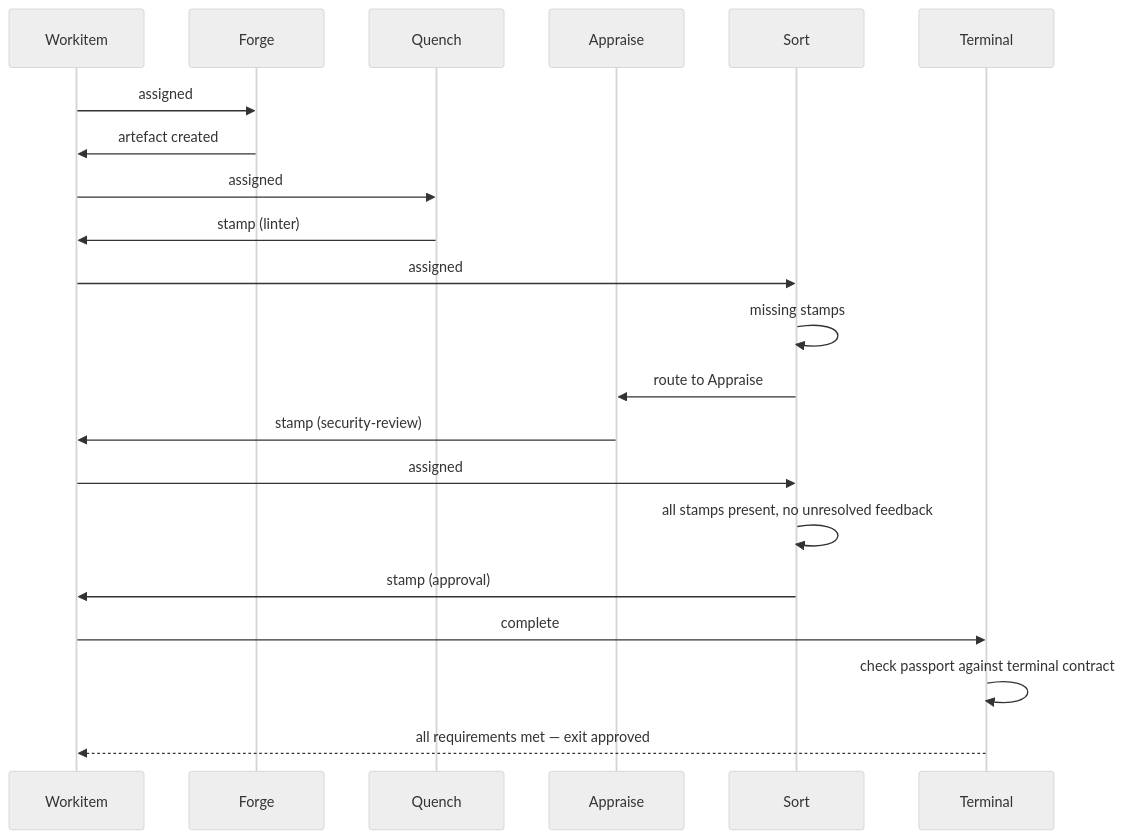
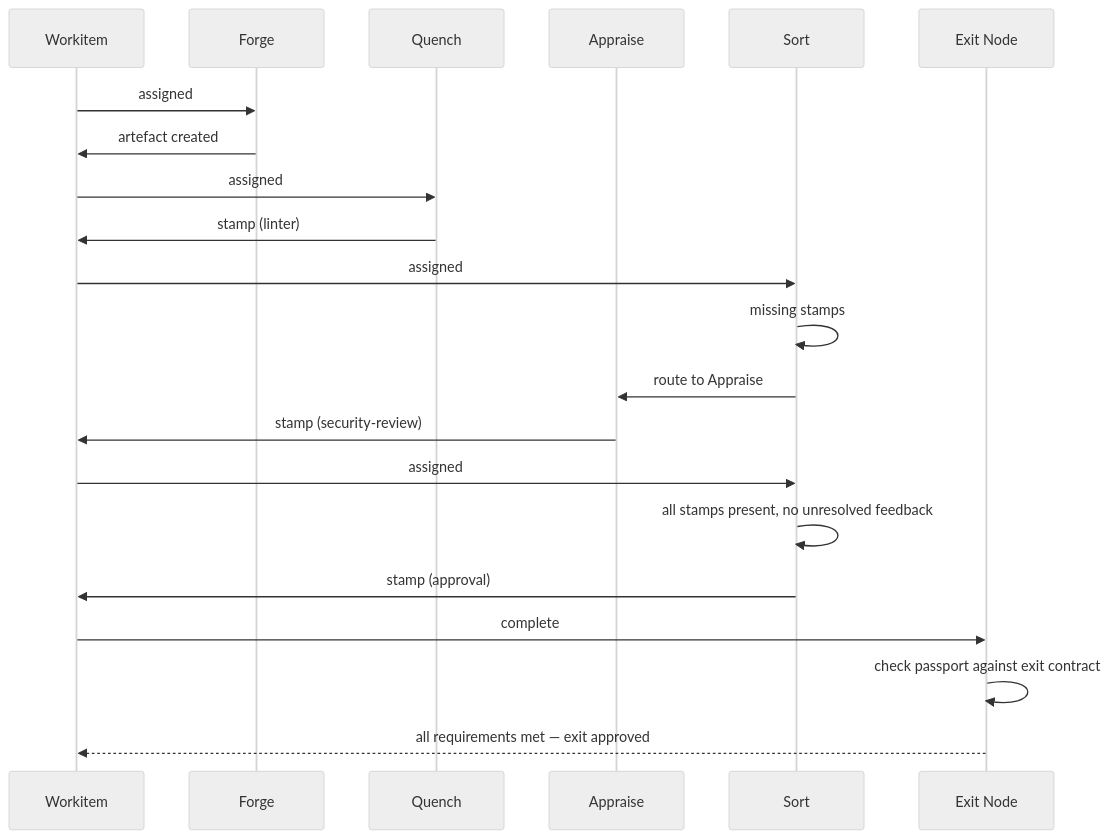
The third of 4 diagrams in 01-concepts/00-overview.md (really-knows-ai/gideas), drawn with Mermaid (neutral theme) before and after one commit. The commit also changed other lines of this file and 11 other files, not shown here.

````diff
--- a/01-concepts/00-overview.md
+++ b/01-concepts/00-overview.md
@@ -177,24 +177,24 @@
 ```mermaid
 sequenceDiagram
     participant W as Workitem
     participant F as Forge
     participant Q as Quench
     participant A as Appraise
     participant S as Sort
-    participant T as Terminal
+    participant T as Exit Node
 
     W->>F: assigned
     F->>W: artefact created
     W->>Q: assigned
     Q->>W: stamp (linter)
     W->>S: assigned
     S->>S: missing stamps
     S->>A: route to Appraise
     A->>W: stamp (security-review)
     W->>S: assigned
     S->>S: all stamps present, no unresolved feedback
     S->>W: stamp (approval)
     W->>T: complete
-    T->>T: check passport against terminal contract
+    T->>T: check passport against exit contract
     T-->>W: all requirements met — exit approved
 ```
````
